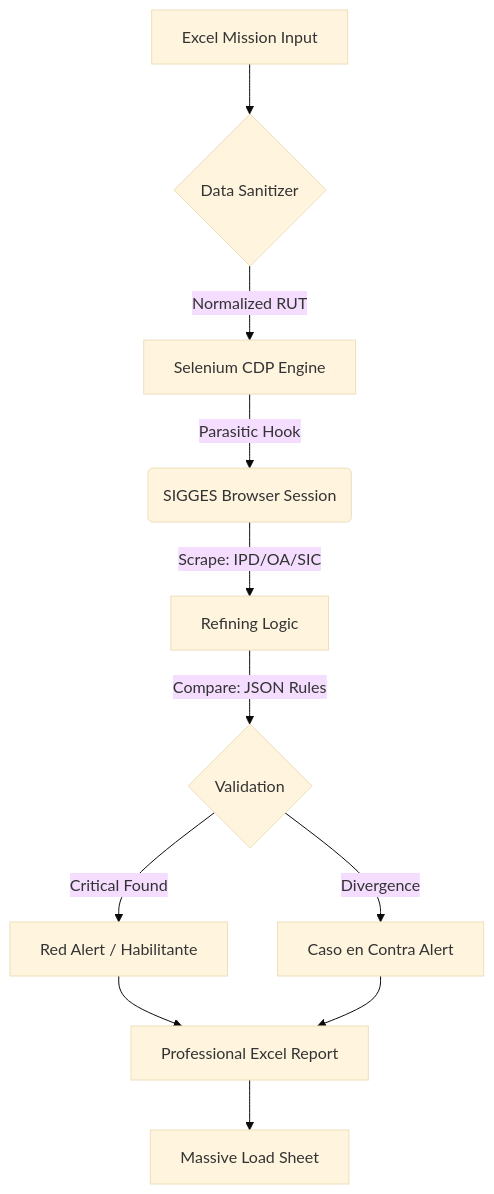
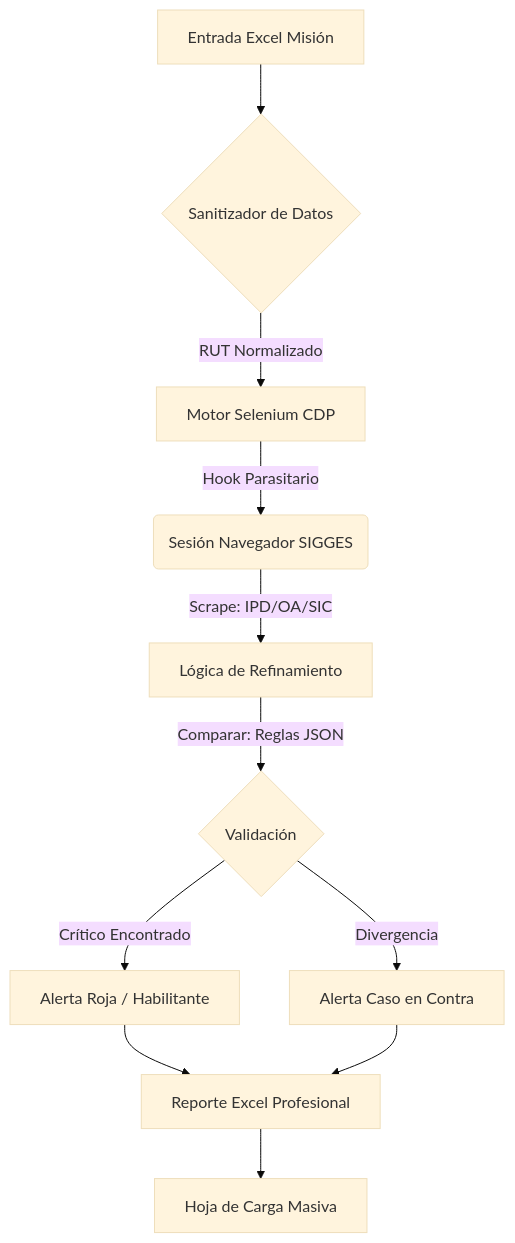
One commit to Nozhtrash/Nozhgess changed the diagram in README.md. Above: the diagram before and after it, drawn with Mermaid (base theme). The commit also changed other lines of this file and 69 other files, not shown here.

````diff
--- a/README.md
+++ b/README.md
@@ -36,12 +36,12 @@
 ```mermaid
 graph TD
-    A[Excel Mission Input] --> B{Data Sanitizer}
-    B -->|Normalized RUT| C[Selenium CDP Engine]
-    C -->|Parasitic Hook| D(SIGGES Browser Session)
-    D -->|Scrape: IPD/OA/SIC| E[Refining Logic]
-    E -->|Compare: JSON Rules| F{Validation}
-    F -->|Critical Found| G[Red Alert / Habilitante]
-    F -->|Divergence| H[Caso en Contra Alert]
-    G & H --> I[Professional Excel Report]
-    I --> J[Massive Load Sheet]
+    A[Entrada Excel Misión] --> B{Sanitizador de Datos}
+    B -->|RUT Normalizado| C[Motor Selenium CDP]
+    C -->|Hook Parasitario| D(Sesión Navegador SIGGES)
+    D -->|Scrape: IPD/OA/SIC| E[Lógica de Refinamiento]
+    E -->|Comparar: Reglas JSON| F{Validación}
+    F -->|Crítico Encontrado| G[Alerta Roja / Habilitante]
+    F -->|Divergencia| H[Alerta Caso en Contra]
+    G & H --> I[Reporte Excel Profesional]
+    I --> J[Hoja de Carga Masiva]
 ```
````
